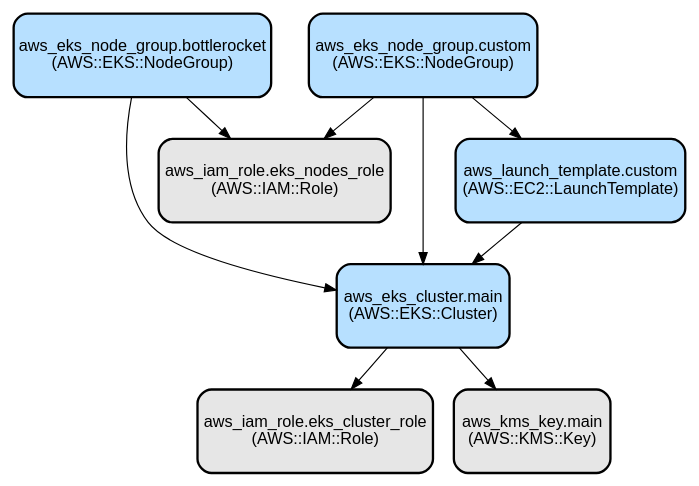
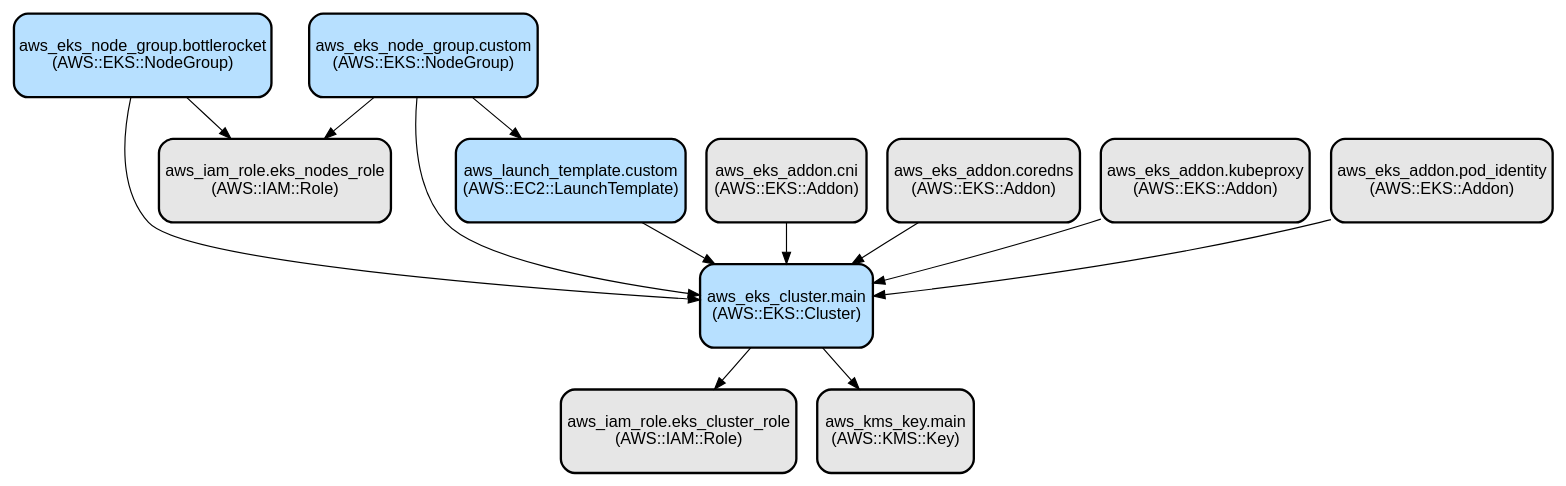
The diagram in docs/infra.dot (cquinta/eks-vanilla), drawn with Graphviz before and after one commit. The commit also changed 2 other files, not shown here.

```diff
--- a/docs/infra.dot
+++ b/docs/infra.dot
@@ -1,25 +1,37 @@
 digraph INFRA {
   node [ color = "black", fillcolor = "#E6E6E6", height =1, style = "filled,bold,rounded", fontname = "Arial" ];
   "aws_eks_cluster.main" [ label = "aws_eks_cluster.main
 (AWS::EKS::Cluster)", shape =rectangle, fillcolor = "#B7E0FF" ];
   "aws_eks_node_group.bottlerocket" [ label = "aws_eks_node_group.bottlerocket
 (AWS::EKS::NodeGroup)", shape =rectangle, fillcolor = "#B7E0FF" ];
   "aws_eks_node_group.custom" [ label = "aws_eks_node_group.custom
 (AWS::EKS::NodeGroup)", shape =rectangle, fillcolor = "#B7E0FF" ];
   "aws_launch_template.custom" [ label = "aws_launch_template.custom
 (AWS::EC2::LaunchTemplate)", shape =rectangle, fillcolor = "#B7E0FF" ];
   "aws_iam_role.eks_cluster_role" [ label = "aws_iam_role.eks_cluster_role
 (AWS::IAM::Role)", shape =rectangle ];
   "aws_iam_role.eks_nodes_role" [ label = "aws_iam_role.eks_nodes_role
 (AWS::IAM::Role)", shape =rectangle ];
   "aws_kms_key.main" [ label = "aws_kms_key.main
 (AWS::KMS::Key)", shape =rectangle ];
+  "aws_eks_addon.cni" [ label = "aws_eks_addon.cni
+(AWS::EKS::Addon)", shape =rectangle ];
+  "aws_eks_addon.coredns" [ label = "aws_eks_addon.coredns
+(AWS::EKS::Addon)", shape =rectangle ];
+  "aws_eks_addon.kubeproxy" [ label = "aws_eks_addon.kubeproxy
+(AWS::EKS::Addon)", shape =rectangle ];
+  "aws_eks_addon.pod_identity" [ label = "aws_eks_addon.pod_identity
+(AWS::EKS::Addon)", shape =rectangle ];
   "aws_eks_cluster.main" -> "aws_iam_role.eks_cluster_role";
   "aws_eks_cluster.main" -> "aws_kms_key.main";
   "aws_eks_node_group.bottlerocket" -> "aws_eks_cluster.main";
   "aws_eks_node_group.bottlerocket" -> "aws_iam_role.eks_nodes_role";
   "aws_eks_node_group.custom" -> "aws_eks_cluster.main";
   "aws_eks_node_group.custom" -> "aws_iam_role.eks_nodes_role";
   "aws_eks_node_group.custom" -> "aws_launch_template.custom";
   "aws_launch_template.custom" -> "aws_eks_cluster.main";
+  "aws_eks_addon.cni" -> "aws_eks_cluster.main";
+  "aws_eks_addon.coredns" -> "aws_eks_cluster.main";
+  "aws_eks_addon.kubeproxy" -> "aws_eks_cluster.main";
+  "aws_eks_addon.pod_identity" -> "aws_eks_cluster.main";
 }
```
